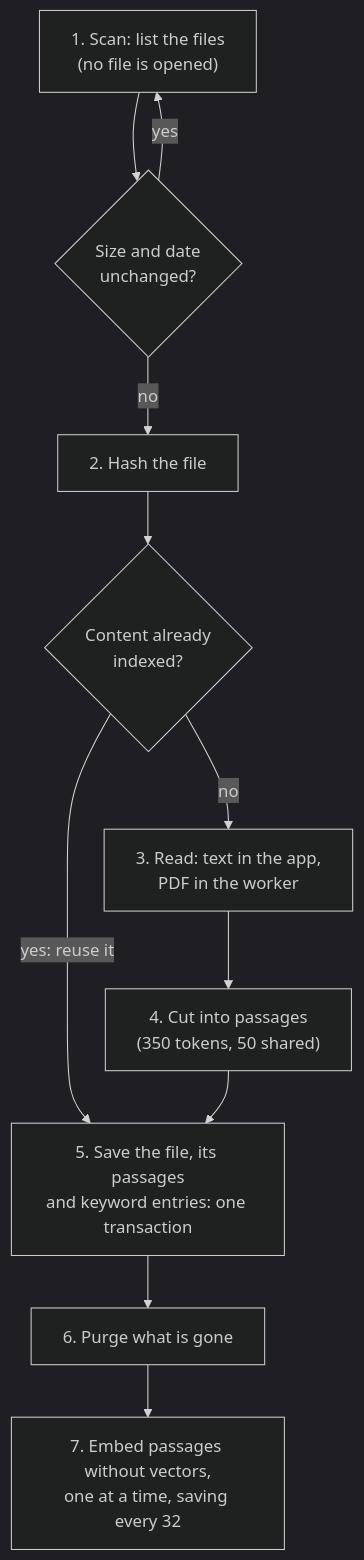
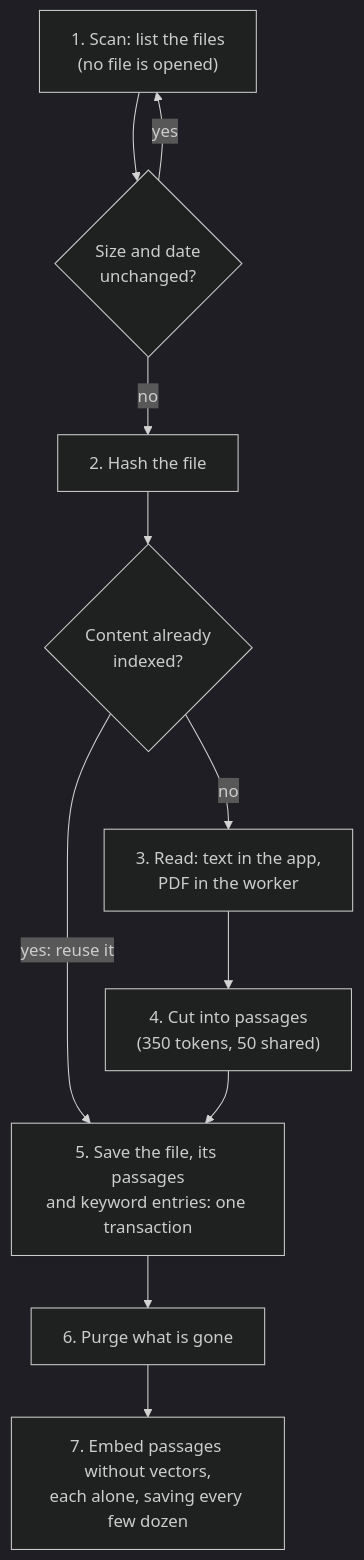
One commit to drunkenEngineer/catchword changed the third of 4 diagrams in docs/architecture/overview.md. Above: the diagram before and after it, drawn with Mermaid (dark theme). The commit also changed other lines of this file and 14 other files, not shown here.

````diff
--- a/docs/architecture/overview.md
+++ b/docs/architecture/overview.md
@@ -80,18 +80,18 @@
 ```mermaid
 flowchart TD
     scan["1. Scan: list the files<br/>(no file is opened)"]
     same{"Size and date<br/>unchanged?"}
     hash["2. Hash the file"]
     known{"Content already<br/>indexed?"}
     read["3. Read: text in the app,<br/>PDF in the worker"]
     cut["4. Cut into passages<br/>(350 tokens, 50 shared)"]
     save["5. Save the file, its passages<br/>and keyword entries: one transaction"]
     purge["6. Purge what is gone"]
-    embed["7. Embed passages without vectors,<br/>one at a time, saving every 32"]
+    embed["7. Embed passages without vectors,<br/>each alone, saving every few dozen"]
     scan --> same
     same -- yes --> scan
     same -- no --> hash --> known
     known -- "yes: reuse it" --> save
     known -- no --> read --> cut --> save
     save --> purge --> embed
 ```
````
